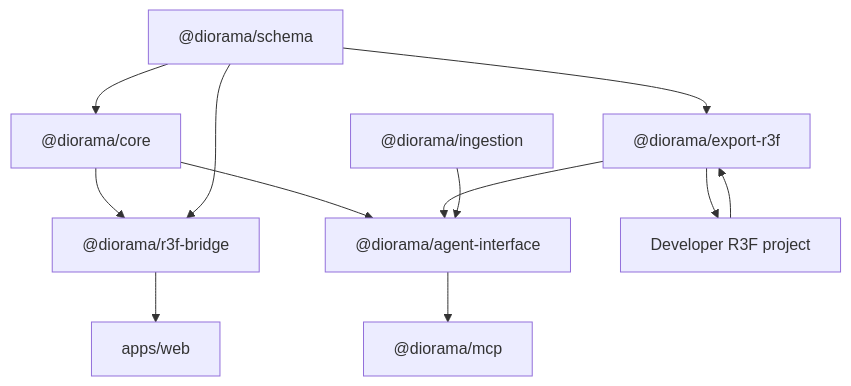
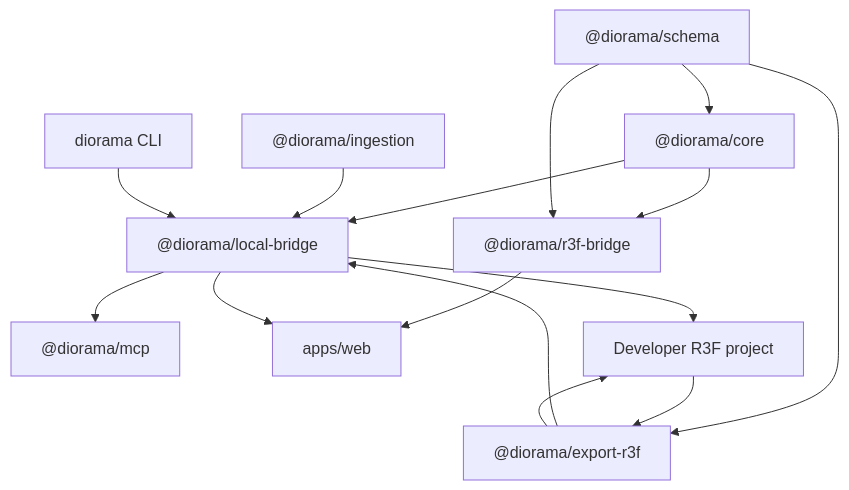
Before and after one commit to makumasaka/scenegraph-ai: the diagram in docs/ARCHITECTURE.md, drawn with Mermaid. The commit also changed other lines of this file and 45 other files, not shown here.

First line of the commit message:
refactor: @diorama/local-bridge package, diorama CLI, token-gated MCP HTTP tools

````diff
--- a/docs/ARCHITECTURE.md
+++ b/docs/ARCHITECTURE.md
@@ -36,24 +36,28 @@
 ```mermaid
 flowchart TB
   Schema["@diorama/schema"]
   Core["@diorama/core"]
   Bridge["@diorama/r3f-bridge"]
   Export["@diorama/export-r3f"]
-  Agent["@diorama/agent-interface"]
+  Local["@diorama/local-bridge"]
+  CLI["diorama CLI"]
   MCP["@diorama/mcp"]
   Ingest["@diorama/ingestion"]
   Web["apps/web"]
   Project["Developer R3F project"]
 
   Schema --> Core
   Schema --> Export
   Core --> Bridge
   Schema --> Bridge
-  Core --> Agent
-  Export --> Agent
-  Ingest --> Agent
-  Agent --> MCP
+  Core --> Local
+  Export --> Local
+  Ingest --> Local
+  Local --> MCP
+  CLI --> Local
   Bridge --> Web
+  Local --> Web
+  Local --> Project
   Export --> Project
   Project --> Export
 ```
````
